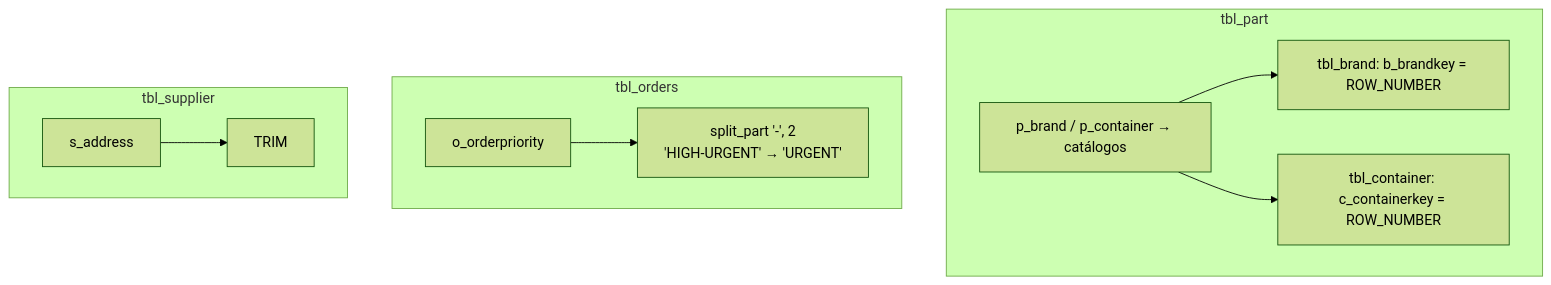
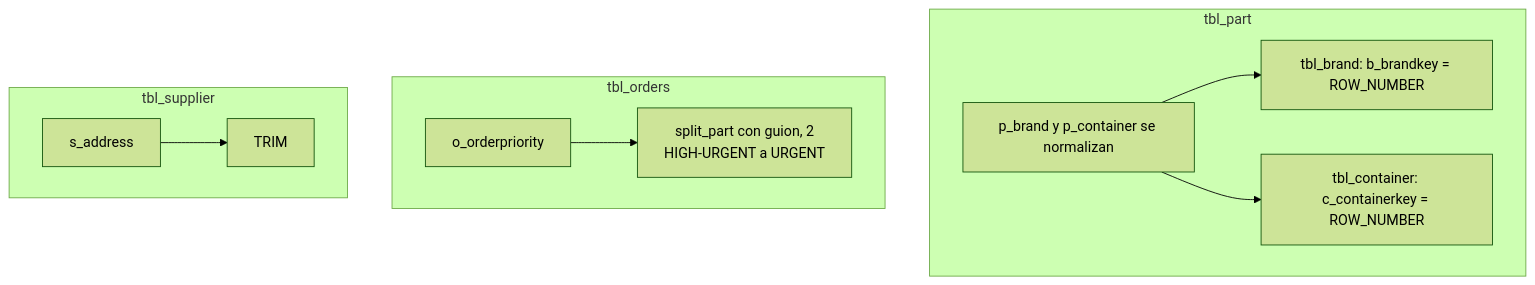
The second of 3 diagrams in docs/etl_proceso.md (CaletOrtiz/sql-datawarehouse-project), drawn with Mermaid (forest theme) before and after one commit. The commit also changed other lines of this file and 2 other files, not shown here.

Commit message:
Fix mermaid syntax errors in arquitectura.md, etl_proceso.md and validacion_etl.md

````diff
--- a/docs/etl_proceso.md
+++ b/docs/etl_proceso.md
@@ -23,15 +23,15 @@
 ```mermaid
 flowchart TD
     subgraph PART["tbl_part"]
-        PP[p_brand / p_container → catálogos]
+        PP[p_brand y p_container se normalizan]
         PP --> PB[tbl_brand: b_brandkey = ROW_NUMBER]
         PP --> PC[tbl_container: c_containerkey = ROW_NUMBER]
     end
     subgraph ORD["tbl_orders"]
         PO[o_orderpriority]
-        PO --> PO2[split_part '-', 2<br/>'HIGH-URGENT' → 'URGENT']
+        PO --> PO2[split_part con guion, 2<br/>HIGH-URGENT a URGENT]
     end
     subgraph SUPP["tbl_supplier"]
         PS[s_address] --> PS2[TRIM]
     end
 ```
````
